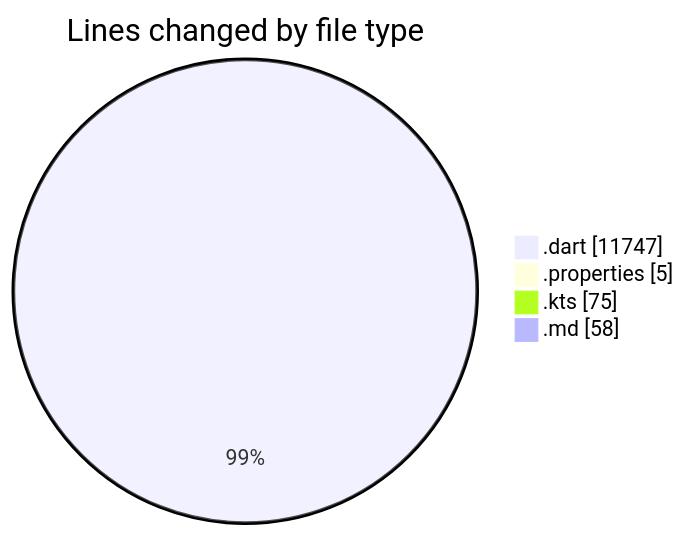
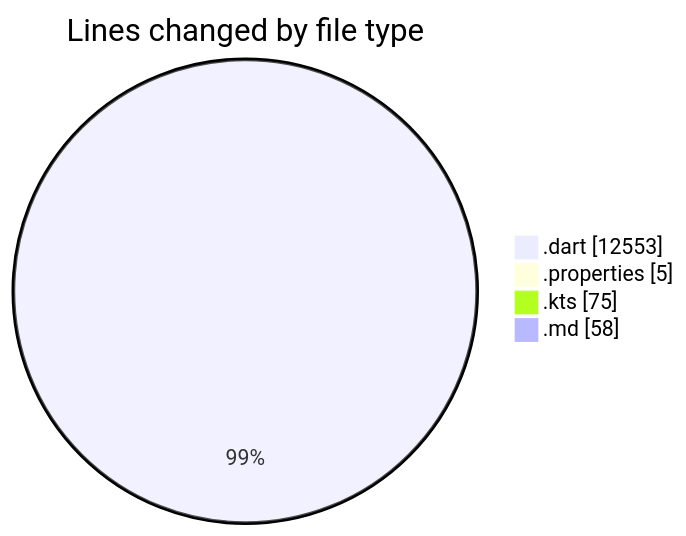
The first of 2 diagrams in 2025-08-25/studybuddy/README.md (lephambinh05/code-tracking), drawn with Mermaid before and after one commit. The commit also changed other lines of this file and 1 other file, not shown here.

````diff
--- a/2025-08-25/studybuddy/README.md
+++ b/2025-08-25/studybuddy/README.md
@@ -50,8 +56,8 @@
 ```mermaid
 pie showData
 title Lines changed by file type
-".dart" : 11747
+".dart" : 12553
 ".properties" : 5
 ".kts" : 75
 ".md" : 58
 ```
````
